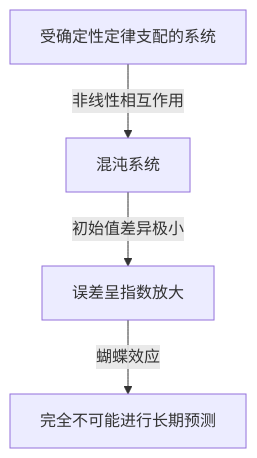
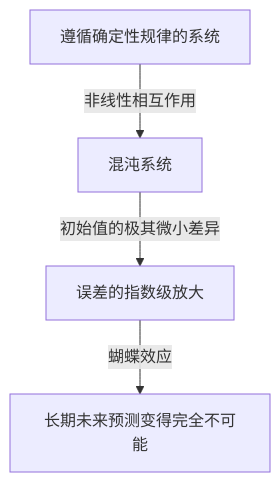
Before and after one commit to kenjinote/blog: the first of 2 diagrams in content/post/chaos-theory/index.zh-cn.md, drawn with Mermaid. The commit also changed other lines of this file and 97 other files, not shown here.

````diff
--- a/content/post/chaos-theory/index.zh-cn.md
+++ b/content/post/chaos-theory/index.zh-cn.md
@@ -38,6 +38,6 @@
 ```mermaid
 graph TD
-    A["受确定性定律支配的系统"] -->|"非线性相互作用"| B["混沌系统"]
-    B -->|"初始值差异极小"| C["误差呈指数放大"]
-    C -->|"蝴蝶效应"| D["完全不可能进行长期预测"]
+    A["遵循确定性规律的系统"] -->|"非线性相互作用"| B["混沌系统"]
+    B -->|"初始值的极其微小差异"| C["误差的指数级放大"]
+    C -->|"蝴蝶效应"| D["长期未来预测变得完全不可能"]
 ```
````
